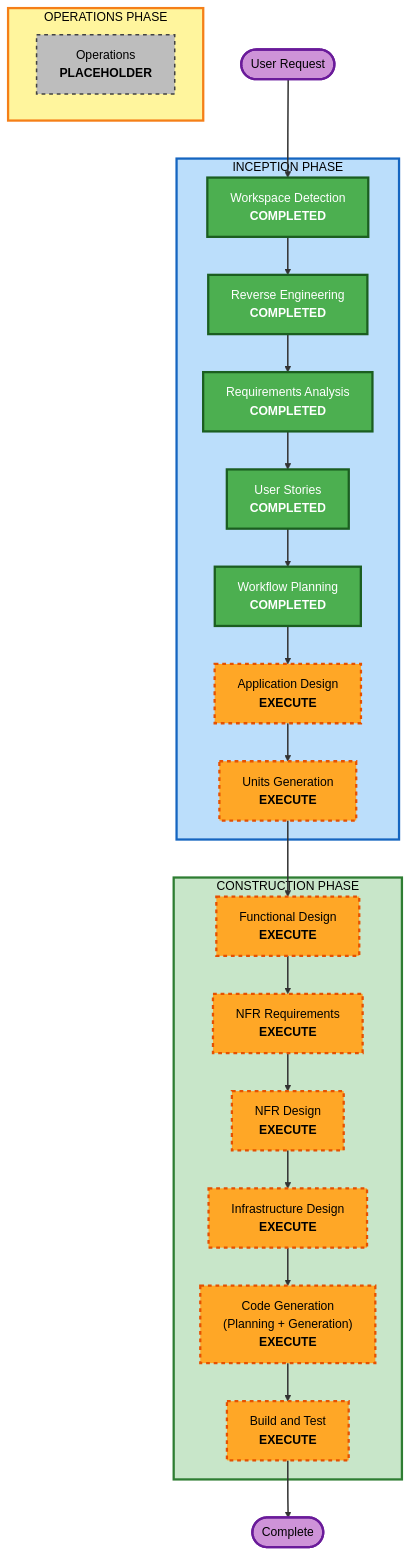
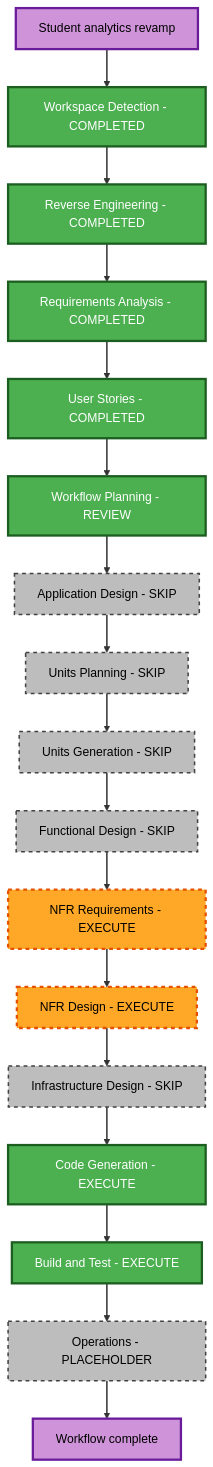
The diagram in aidlc-docs/inception/plans/execution-plan.md (TranNguyenVu-code/nguyenvu.github.io), drawn with Mermaid before and after one commit. The commit also changed other lines of this file and 150 other files, not shown here.

````diff
--- a/aidlc-docs/inception/plans/execution-plan.md
+++ b/aidlc-docs/inception/plans/execution-plan.md
@@ -100,64 +40,54 @@
 ```mermaid
 flowchart TD
-    Start(["User Request"])
-
-    subgraph INCEPTION["INCEPTION PHASE"]
-        WD["Workspace Detection<br/><b>COMPLETED</b>"]
-        RE["Reverse Engineering<br/><b>COMPLETED</b>"]
-        RA["Requirements Analysis<br/><b>COMPLETED</b>"]
-        US["User Stories<br/><b>COMPLETED</b>"]
-        WP["Workflow Planning<br/><b>COMPLETED</b>"]
-        AD["Application Design<br/><b>EXECUTE</b>"]
-        UG["Units Generation<br/><b>EXECUTE</b>"]
-    end
-
-    subgraph CONSTRUCTION["CONSTRUCTION PHASE"]
-        FD["Functional Design<br/><b>EXECUTE</b>"]
-        NFRA["NFR Requirements<br/><b>EXECUTE</b>"]
-        NFRD["NFR Design<br/><b>EXECUTE</b>"]
-        ID["Infrastructure Design<br/><b>EXECUTE</b>"]
-        CG["Code Generation<br/>(Planning + Generation)<br/><b>EXECUTE</b>"]
-        BT["Build and Test<br/><b>EXECUTE</b>"]
-    end
-
-    subgraph OPERATIONS["OPERATIONS PHASE"]
-        OPS["Operations<br/><b>PLACEHOLDER</b>"]
-    end
-
+    Start["Student analytics revamp"]
+    WD["Workspace Detection - COMPLETED"]
+    RE["Reverse Engineering - COMPLETED"]
+    RA["Requirements Analysis - COMPLETED"]
+    US["User Stories - COMPLETED"]
+    WP["Workflow Planning - REVIEW"]
+    AD["Application Design - SKIP"]
+    UP["Units Planning - SKIP"]
+    UG["Units Generation - SKIP"]
+    FD["Functional Design - SKIP"]
+    NFRA["NFR Requirements - EXECUTE"]
+    NFRD["NFR Design - EXECUTE"]
+    ID["Infrastructure Design - SKIP"]
+    CG["Code Generation - EXECUTE"]
+    BT["Build and Test - EXECUTE"]
+    OPS["Operations - PLACEHOLDER"]
+    End["Workflow complete"]
     Start --> WD
     WD --> RE
     RE --> RA
     RA --> US
     US --> WP
     WP --> AD
-    AD --> UG
+    AD --> UP
+    UP --> UG
     UG --> FD
     FD --> NFRA
     NFRA --> NFRD
     NFRD --> ID
     ID --> CG
     CG --> BT
-    BT --> End(["Complete"])
-
+    BT --> OPS
+    OPS --> End
     style WD fill:#4CAF50,stroke:#1B5E20,stroke-width:3px,color:#fff
     style RE fill:#4CAF50,stroke:#1B5E20,stroke-width:3px,color:#fff
     style RA fill:#4CAF50,stroke:#1B5E20,stroke-width:3px,color:#fff
     style US fill:#4CAF50,stroke:#1B5E20,stroke-width:3px,color:#fff
     style WP fill:#4CAF50,stroke:#1B5E20,stroke-width:3px,color:#fff
-    style AD fill:#FFA726,stroke:#E65100,stroke-width:3px,stroke-dasharray: 5 5,color:#000
-    style UG fill:#FFA726,stroke:#E65100,stroke-width:3px,stroke-dasharray: 5 5,color:#000
-    style FD fill:#FFA726,stroke:#E65100,stroke-width:3px,stroke-dasharray: 5 5,color:#000
-    style NFRA fill:#FFA726,stroke:#E65100,stroke-width:3px,stroke-dasharray: 5 5,color:#000
-    style NFRD fill:#FFA726,stroke:#E65100,stroke-width:3px,stroke-dasharray: 5 5,color:#000
-    style ID fill:#FFA726,stroke:#E65100,stroke-width:3px,stroke-dasharray: 5 5,color:#000
-    style CG fill:#FFA726,stroke:#E65100,stroke-width:3px,stroke-dasharray: 5 5,color:#000
-    style BT fill:#FFA726,stroke:#E65100,stroke-width:3px,stroke-dasharray: 5 5,color:#000
-    style OPS fill:#BDBDBD,stroke:#424242,stroke-width:2px,stroke-dasharray: 5 5,color:#000
+    style AD fill:#BDBDBD,stroke:#424242,stroke-width:2px,stroke-dasharray:5 5,color:#000
+    style UP fill:#BDBDBD,stroke:#424242,stroke-width:2px,stroke-dasharray:5 5,color:#000
+    style UG fill:#BDBDBD,stroke:#424242,stroke-width:2px,stroke-dasharray:5 5,color:#000
+    style FD fill:#BDBDBD,stroke:#424242,stroke-width:2px,stroke-dasharray:5 5,color:#000
+    style NFRA fill:#FFA726,stroke:#E65100,stroke-width:3px,stroke-dasharray:5 5,color:#000
+    style NFRD fill:#FFA726,stroke:#E65100,stroke-width:3px,stroke-dasharray:5 5,color:#000
+    style ID fill:#BDBDBD,stroke:#424242,stroke-width:2px,stroke-dasharray:5 5,color:#000
+    style CG fill:#4CAF50,stroke:#1B5E20,stroke-width:3px,color:#fff
+    style BT fill:#4CAF50,stroke:#1B5E20,stroke-width:3px,color:#fff
+    style OPS fill:#BDBDBD,stroke:#424242,stroke-width:2px,stroke-dasharray:5 5,color:#000
     style Start fill:#CE93D8,stroke:#6A1B9A,stroke-width:3px,color:#000
     style End fill:#CE93D8,stroke:#6A1B9A,stroke-width:3px,color:#000
-    style INCEPTION fill:#BBDEFB,stroke:#1565C0,stroke-width:3px,color:#000
-    style CONSTRUCTION fill:#C8E6C9,stroke:#2E7D32,stroke-width:3px,color:#000
-    style OPERATIONS fill:#FFF59D,stroke:#F57F17,stroke-width:3px,color:#000
-
     linkStyle default stroke:#333,stroke-width:2px
 ```
````
